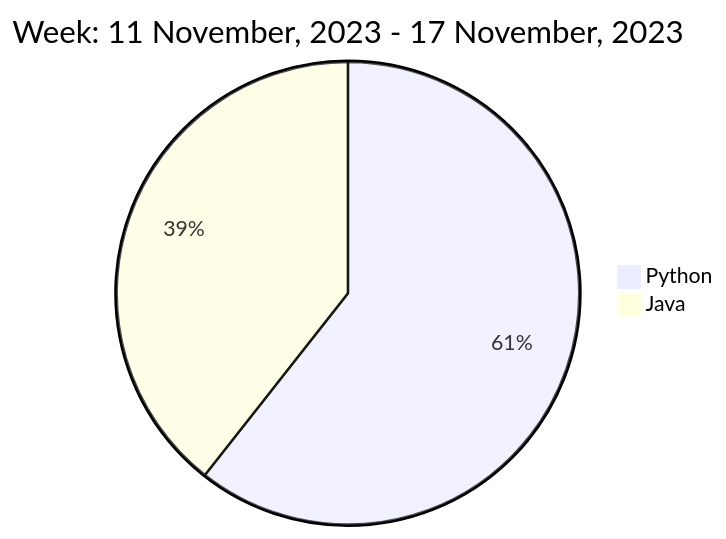
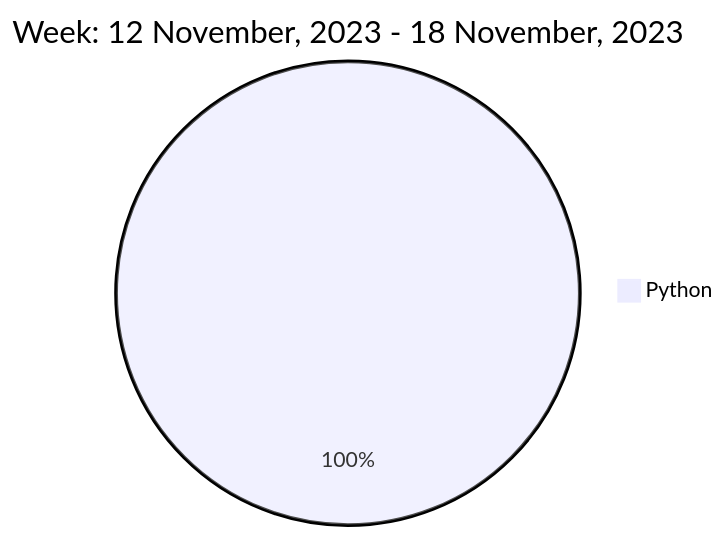
One commit to liubin95/liubin95 changed the diagram in README.md. Above: the diagram before and after it, drawn with Mermaid.

Commit message:
Updated the Graph with new Metrics

````diff
--- a/README.md
+++ b/README.md
@@ -37,6 +37,5 @@
 ```mermaid
  pie
-title Week: 11 November, 2023 - 17 November, 2023
- "Python" : 2.57
- "Java" : 1.67
+title Week: 12 November, 2023 - 18 November, 2023
+ "Python" : 2.88
 ```
````
